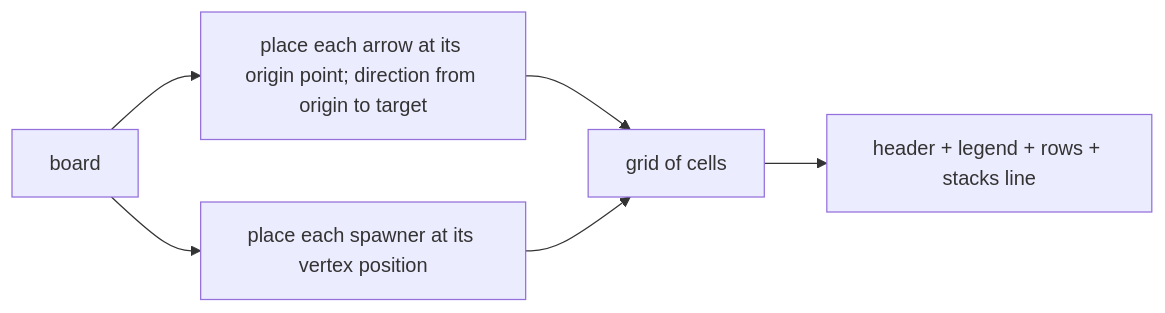
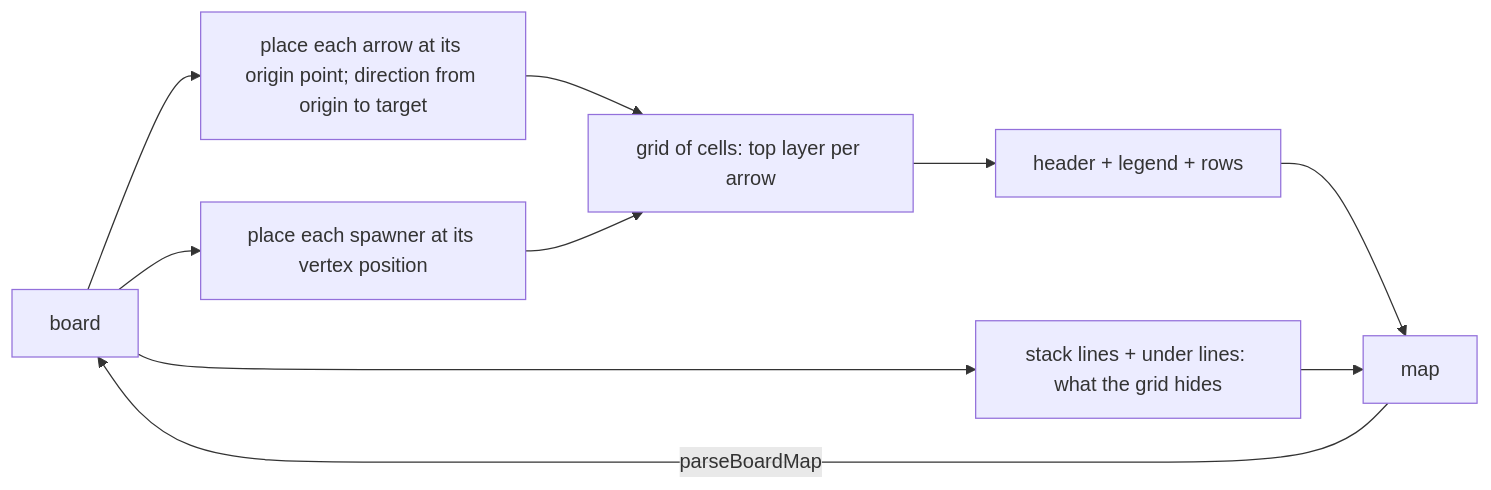
Before and after one commit to conquarrow-dev/conquarrow: the diagram in docs/spec/agent-board-map/agent-board-map.md, drawn with Mermaid. The commit also changed other lines of this file and 5 other files, not shown here.

Commit message:
🤖: P93 spec — honest map: top layer plus stack and under lines, spawner holders, parseBoardMap round trip, refusals; fast-check

````diff
--- a/docs/spec/agent-board-map/agent-board-map.md
+++ b/docs/spec/agent-board-map/agent-board-map.md
@@ -167,8 +174,12 @@
 ```mermaid
 flowchart LR
   B[board] --> P[place each arrow at its origin point#59; direction from origin to target]
   B --> V[place each spawner at its vertex position]
-  P --> G[grid of cells]
+  P --> G[grid of cells: top layer per arrow]
   V --> G
-  G --> T[header + legend + rows + stacks line]
+  G --> T[header + legend + rows]
+  B --> F[stack lines + under lines: what the grid hides]
+  T --> M[map]
+  F --> M
+  M -->|parseBoardMap| B
 ```
````
